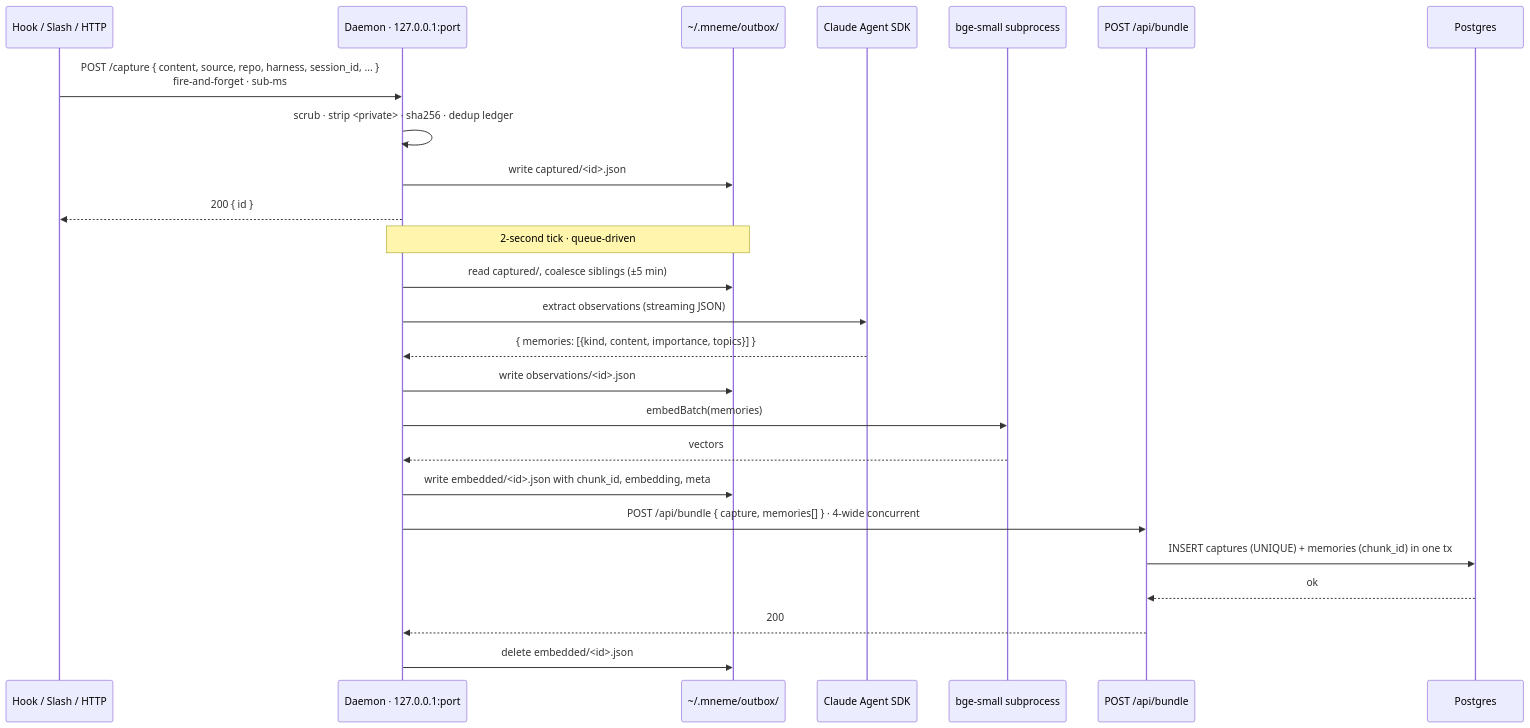
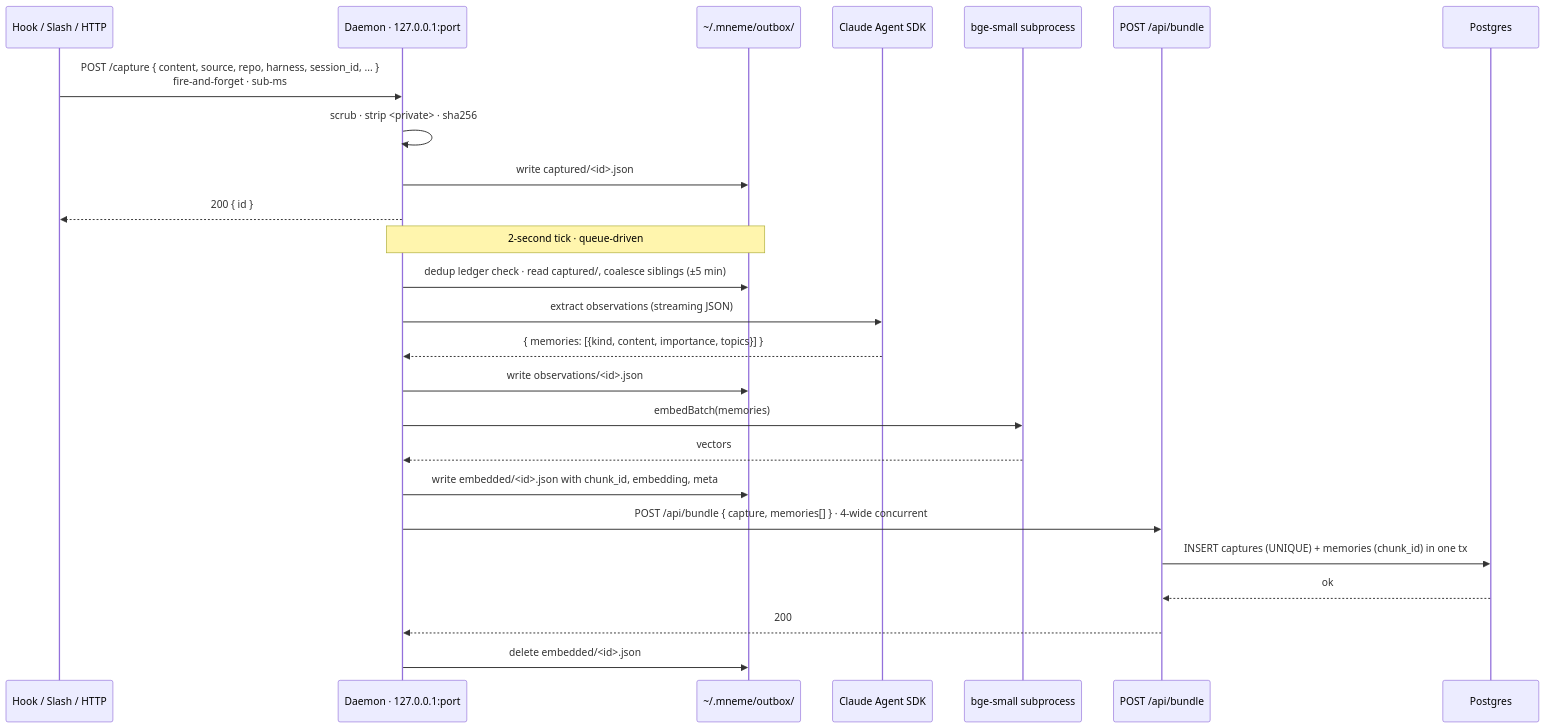
One commit to j10ra/mneme changed the diagram in docs/capture-pipeline.md. Above: the diagram before and after it, drawn with Mermaid. The commit also changed other lines of this file and 7 other files, not shown here.

````diff
--- a/docs/capture-pipeline.md
+++ b/docs/capture-pipeline.md
@@ -11,30 +11,30 @@
 ```mermaid
 sequenceDiagram
     participant Hook as Hook / Slash / HTTP
     participant Daemon as Daemon · 127.0.0.1:port
     participant Outbox as ~/.mneme/outbox/
     participant Agent as Claude Agent SDK
     participant EMB as bge-small subprocess
     participant Server as POST /api/bundle
     participant DB as Postgres
 
     Hook->>Daemon: POST /capture { content, source, repo, harness, session_id, ... }<br/>fire-and-forget · sub-ms
-    Daemon->>Daemon: scrub · strip <private> · sha256 · dedup ledger
+    Daemon->>Daemon: scrub · strip <private> · sha256
     Daemon->>Outbox: write captured/<id>.json
     Daemon-->>Hook: 200 { id }
 
     Note over Daemon,Outbox: 2-second tick · queue-driven
-    Daemon->>Outbox: read captured/, coalesce siblings (±5 min)
+    Daemon->>Outbox: dedup ledger check · read captured/, coalesce siblings (±5 min)
     Daemon->>Agent: extract observations (streaming JSON)
     Agent-->>Daemon: { memories: [{kind, content, importance, topics}] }
     Daemon->>Outbox: write observations/<id>.json
     Daemon->>EMB: embedBatch(memories)
     EMB-->>Daemon: vectors
     Daemon->>Outbox: write embedded/<id>.json with chunk_id, embedding, meta
 
     Daemon->>Server: POST /api/bundle { capture, memories[] } · 4-wide concurrent
     Server->>DB: INSERT captures (UNIQUE) + memories (chunk_id) in one tx
     DB-->>Server: ok
     Server-->>Daemon: 200
     Daemon->>Outbox: delete embedded/<id>.json
 ```
````
